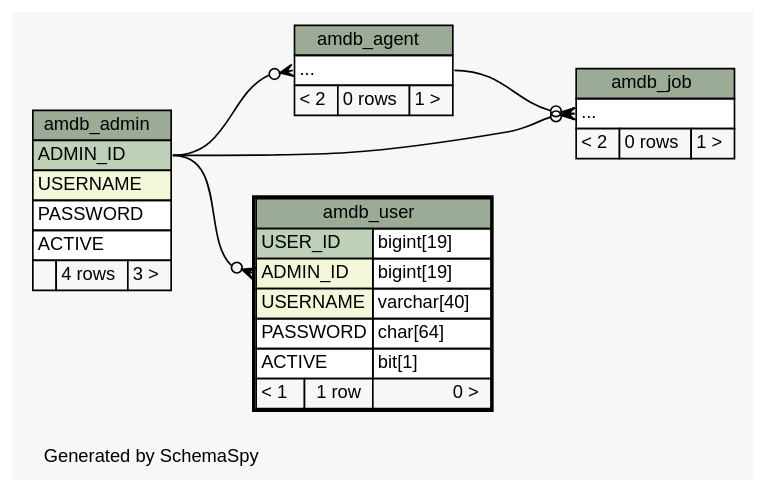
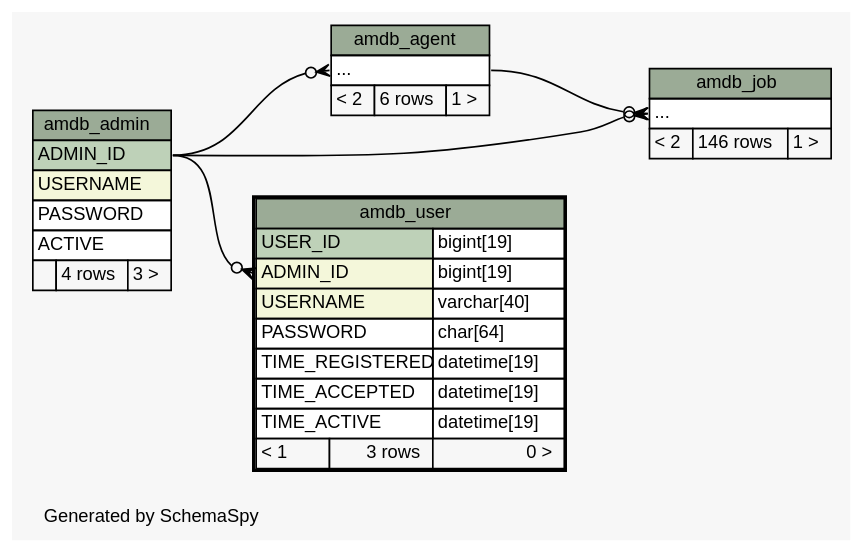
Before and after one commit to yannikab/k23b_ac: the diagram in am/doc/schemaspy/diagrams/amdb_user.2degrees.dot, drawn with Graphviz. The commit also changed 46 other files, not shown here.

Commit message:
Database schema changes for Aggregator Manager.

```diff
--- a/am/doc/schemaspy/diagrams/amdb_user.2degrees.dot
+++ b/am/doc/schemaspy/diagrams/amdb_user.2degrees.dot
@@ -1,73 +1,75 @@
 // dot 2.38.0 on Linux 4.0.5-gentoo
 // SchemaSpy rev 590
 digraph "twoDegreesRelationshipsDiagram" {
   graph [
     rankdir="RL"
     bgcolor="#f7f7f7"
     label="\nGenerated by SchemaSpy"
     labeljust="l"
     nodesep="0.18"
     ranksep="0.46"
     fontname="Helvetica"
     fontsize="11"
   ];
   node [
     fontname="Helvetica"
     fontsize="11"
     shape="plaintext"
   ];
   edge [
     arrowsize="0.8"
   ];
   "amdb_agent":"elipses":w -> "amdb_admin":"ADMIN_ID":e [arrowhead=none dir=back arrowtail=crowodot];
   "amdb_job":"elipses":w -> "amdb_admin":"ADMIN_ID":e [arrowhead=none dir=back arrowtail=crowodot];
   "amdb_job":"elipses":w -> "amdb_agent":"elipses":e [arrowhead=none dir=back arrowtail=crowodot];
   "amdb_user":"ADMIN_ID":w -> "amdb_admin":"ADMIN_ID":e [arrowhead=none dir=back arrowtail=crowodot];
   "amdb_admin" [
     label=<
     <TABLE BORDER="0" CELLBORDER="1" CELLSPACING="0" BGCOLOR="#ffffff">
       <TR><TD COLSPAN="3" BGCOLOR="#9bab96" ALIGN="CENTER">amdb_admin</TD></TR>
       <TR><TD PORT="ADMIN_ID" COLSPAN="3" BGCOLOR="#bed1b8" ALIGN="LEFT">ADMIN_ID</TD></TR>
       <TR><TD PORT="USERNAME" COLSPAN="3" BGCOLOR="#f4f7da" ALIGN="LEFT">USERNAME</TD></TR>
       <TR><TD PORT="PASSWORD" COLSPAN="3" ALIGN="LEFT">PASSWORD</TD></TR>
       <TR><TD PORT="ACTIVE" COLSPAN="3" ALIGN="LEFT">ACTIVE</TD></TR>
       <TR><TD ALIGN="LEFT" BGCOLOR="#f7f7f7">  </TD><TD ALIGN="RIGHT" BGCOLOR="#f7f7f7">4 rows</TD><TD ALIGN="RIGHT" BGCOLOR="#f7f7f7">3 &gt;</TD></TR>
     </TABLE>>
     URL="amdb_admin.html"
     tooltip="amdb_admin"
   ];
   "amdb_agent" [
     label=<
     <TABLE BORDER="0" CELLBORDER="1" CELLSPACING="0" BGCOLOR="#ffffff">
       <TR><TD COLSPAN="3" BGCOLOR="#9bab96" ALIGN="CENTER">amdb_agent</TD></TR>
       <TR><TD PORT="elipses" COLSPAN="3" ALIGN="LEFT">...</TD></TR>
-      <TR><TD ALIGN="LEFT" BGCOLOR="#f7f7f7">&lt; 2</TD><TD ALIGN="RIGHT" BGCOLOR="#f7f7f7">0 rows</TD><TD ALIGN="RIGHT" BGCOLOR="#f7f7f7">1 &gt;</TD></TR>
+      <TR><TD ALIGN="LEFT" BGCOLOR="#f7f7f7">&lt; 2</TD><TD ALIGN="RIGHT" BGCOLOR="#f7f7f7">6 rows</TD><TD ALIGN="RIGHT" BGCOLOR="#f7f7f7">1 &gt;</TD></TR>
     </TABLE>>
     URL="amdb_agent.html"
     tooltip="amdb_agent"
   ];
   "amdb_job" [
     label=<
     <TABLE BORDER="0" CELLBORDER="1" CELLSPACING="0" BGCOLOR="#ffffff">
       <TR><TD COLSPAN="3" BGCOLOR="#9bab96" ALIGN="CENTER">amdb_job</TD></TR>
       <TR><TD PORT="elipses" COLSPAN="3" ALIGN="LEFT">...</TD></TR>
-      <TR><TD ALIGN="LEFT" BGCOLOR="#f7f7f7">&lt; 2</TD><TD ALIGN="RIGHT" BGCOLOR="#f7f7f7">0 rows</TD><TD ALIGN="RIGHT" BGCOLOR="#f7f7f7">1 &gt;</TD></TR>
+      <TR><TD ALIGN="LEFT" BGCOLOR="#f7f7f7">&lt; 2</TD><TD ALIGN="RIGHT" BGCOLOR="#f7f7f7">146 rows</TD><TD ALIGN="RIGHT" BGCOLOR="#f7f7f7">1 &gt;</TD></TR>
     </TABLE>>
     URL="amdb_job.html"
     tooltip="amdb_job"
   ];
   "amdb_user" [
     label=<
     <TABLE BORDER="2" CELLBORDER="1" CELLSPACING="0" BGCOLOR="#ffffff">
       <TR><TD COLSPAN="3" BGCOLOR="#9bab96" ALIGN="CENTER">amdb_user</TD></TR>
       <TR><TD PORT="USER_ID" COLSPAN="2" BGCOLOR="#bed1b8" ALIGN="LEFT">USER_ID</TD><TD PORT="USER_ID.type" ALIGN="LEFT">bigint[19]</TD></TR>
       <TR><TD PORT="ADMIN_ID" COLSPAN="2" BGCOLOR="#f4f7da" ALIGN="LEFT">ADMIN_ID</TD><TD PORT="ADMIN_ID.type" ALIGN="LEFT">bigint[19]</TD></TR>
       <TR><TD PORT="USERNAME" COLSPAN="2" BGCOLOR="#f4f7da" ALIGN="LEFT">USERNAME</TD><TD PORT="USERNAME.type" ALIGN="LEFT">varchar[40]</TD></TR>
       <TR><TD PORT="PASSWORD" COLSPAN="2" ALIGN="LEFT">PASSWORD</TD><TD PORT="PASSWORD.type" ALIGN="LEFT">char[64]</TD></TR>
-      <TR><TD PORT="ACTIVE" COLSPAN="2" ALIGN="LEFT">ACTIVE</TD><TD PORT="ACTIVE.type" ALIGN="LEFT">bit[1]</TD></TR>
-      <TR><TD ALIGN="LEFT" BGCOLOR="#f7f7f7">&lt; 1</TD><TD ALIGN="RIGHT" BGCOLOR="#f7f7f7">1 row</TD><TD ALIGN="RIGHT" BGCOLOR="#f7f7f7">0 &gt;</TD></TR>
+      <TR><TD PORT="TIME_REGISTERED" COLSPAN="2" ALIGN="LEFT">TIME_REGISTERED</TD><TD PORT="TIME_REGISTERED.type" ALIGN="LEFT">datetime[19]</TD></TR>
+      <TR><TD PORT="TIME_ACCEPTED" COLSPAN="2" ALIGN="LEFT">TIME_ACCEPTED</TD><TD PORT="TIME_ACCEPTED.type" ALIGN="LEFT">datetime[19]</TD></TR>
+      <TR><TD PORT="TIME_ACTIVE" COLSPAN="2" ALIGN="LEFT">TIME_ACTIVE</TD><TD PORT="TIME_ACTIVE.type" ALIGN="LEFT">datetime[19]</TD></TR>
+      <TR><TD ALIGN="LEFT" BGCOLOR="#f7f7f7">&lt; 1</TD><TD ALIGN="RIGHT" BGCOLOR="#f7f7f7">3 rows</TD><TD ALIGN="RIGHT" BGCOLOR="#f7f7f7">0 &gt;</TD></TR>
     </TABLE>>
     URL="amdb_user.html"
     tooltip="amdb_user"
   ];
 }
```
